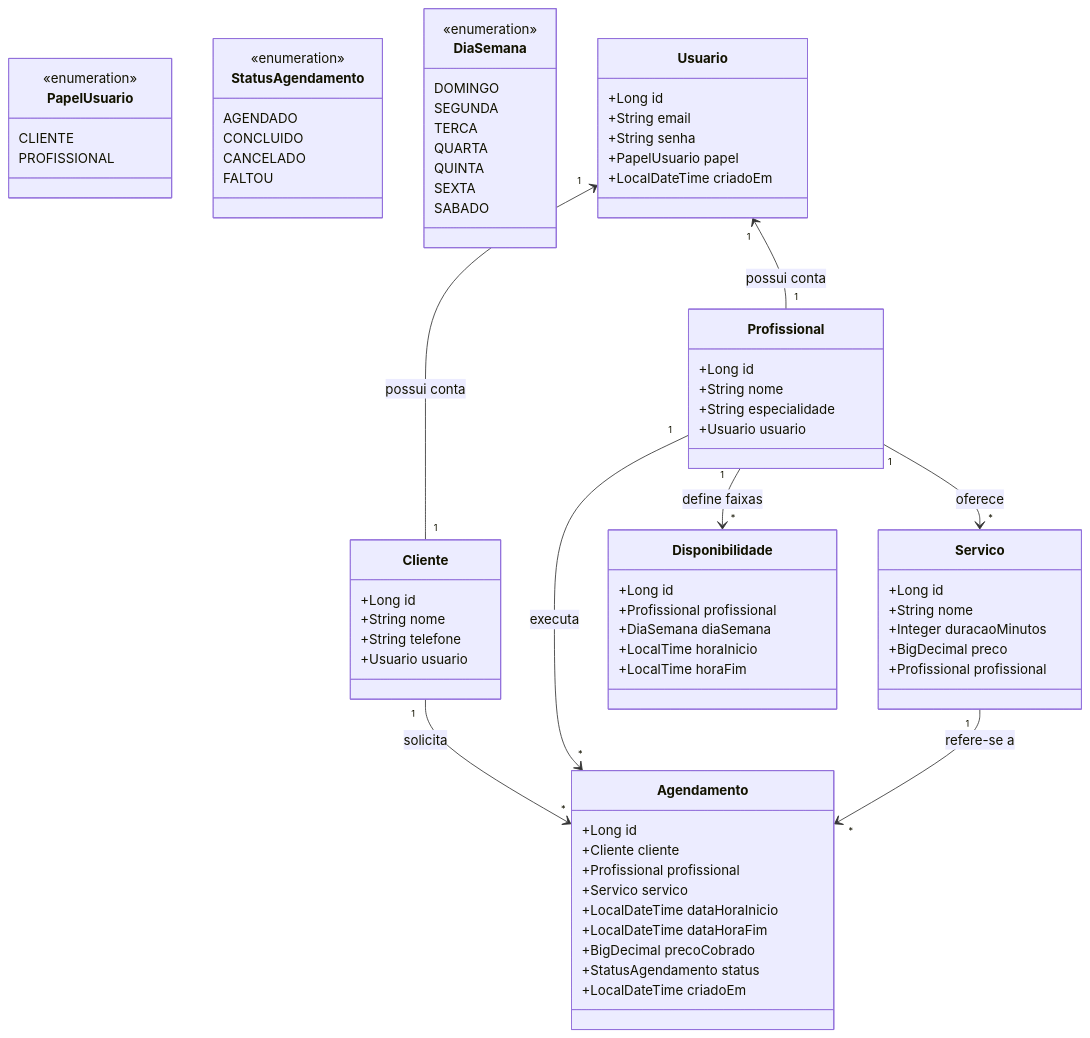
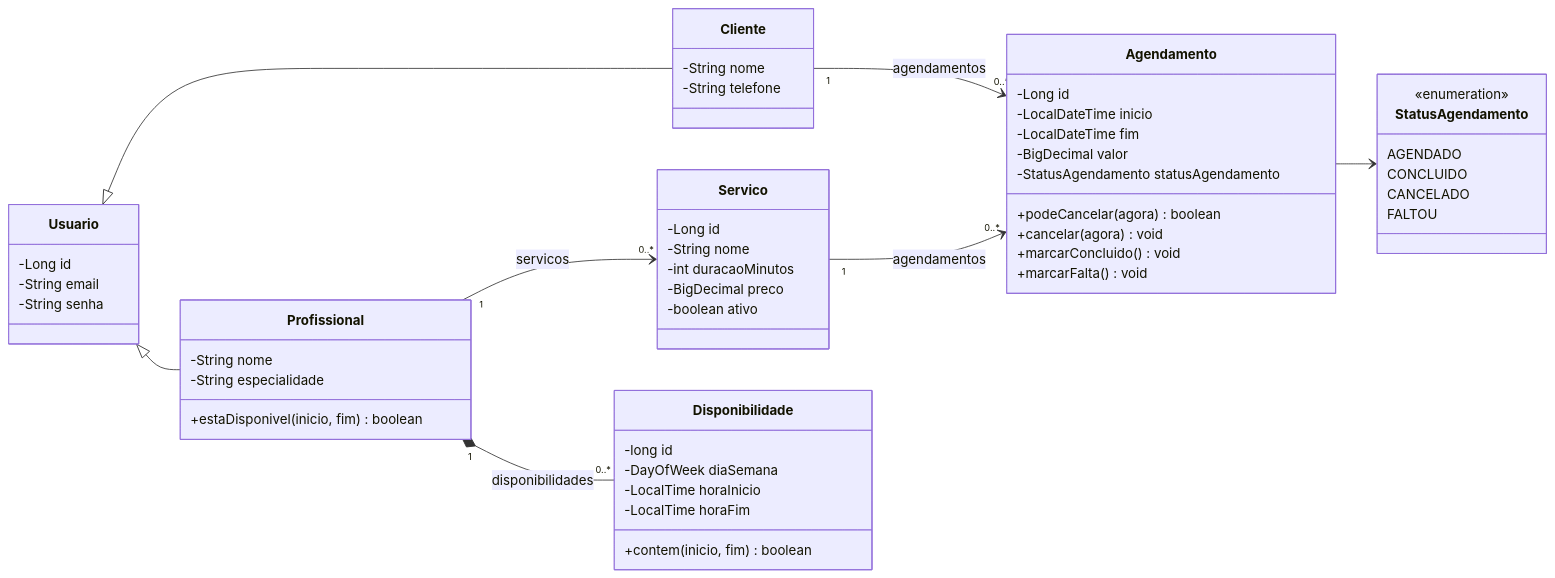
One commit to C4103M/sistema-prestadores-servico changed the diagram in docs/diagrama_classes.md. Above: the diagram before and after it, drawn with Mermaid. The commit also changed other lines of this file and 72 other files, not shown here.

First line of the commit message:
feat: entrega da Etapa 2 (casos de uso, diagramas, protótipo e slides)

````diff
--- a/docs/diagrama_classes.md
+++ b/docs/diagrama_classes.md
@@ -3,11 +9,50 @@
 ```mermaid
 classDiagram
-    direction TB
+    direction LR
 
-    class PapelUsuario {
-        <<enumeration>>
-        CLIENTE
-        PROFISSIONAL
+    class Usuario {
+        -Long id
+        -String email
+        -String senha
+    }
+
+    class Cliente {
+        -String nome
+        -String telefone
+    }
+
+    class Profissional {
+        -String nome
+        -String especialidade
+        +estaDisponivel(inicio, fim) boolean
+    }
+
+    class Servico {
+        -Long id
+        -String nome
+        -int duracaoMinutos
+        -BigDecimal preco
+        -boolean ativo
+    }
+
+    class Disponibilidade {
+        -long id
+        -DayOfWeek diaSemana
+        -LocalTime horaInicio
+        -LocalTime horaFim
+        +contem(inicio, fim) boolean
+    }
+
+    class Agendamento {
+        -Long id
+        -LocalDateTime inicio
+        -LocalDateTime fim
+        -BigDecimal valor
+        -StatusAgendamento statusAgendamento
+        +podeCancelar(agora) boolean
+        +cancelar(agora) void
+        +marcarConcluido() void
+        +marcarFalta() void
     }
 
     class StatusAgendamento {
@@ -18,72 +63,11 @@
         FALTOU
     }
 
-    class DiaSemana {
-        <<enumeration>>
-        DOMINGO
-        SEGUNDA
-        TERCA
-        QUARTA
-        QUINTA
-        SEXTA
-        SABADO
-    }
-
-    class Usuario {
-        +Long id
-        +String email
-        +String senha
-        +PapelUsuario papel
-        +LocalDateTime criadoEm
-    }
-
-    class Cliente {
-        +Long id
-        +String nome
-        +String telefone
-        +Usuario usuario
-    }
-
-    class Profissional {
-        +Long id
-        +String nome
-        +String especialidade
-        +Usuario usuario
-    }
-
-    class Servico {
-        +Long id
-        +String nome
-        +Integer duracaoMinutos
-        +BigDecimal preco
-        +Profissional profissional
-    }
-
-    class Disponibilidade {
-        +Long id
-        +Profissional profissional
-        +DiaSemana diaSemana
-        +LocalTime horaInicio
-        +LocalTime horaFim
-    }
-
-    class Agendamento {
-        +Long id
-        +Cliente cliente
-        +Profissional profissional
-        +Servico servico
-        +LocalDateTime dataHoraInicio
-        +LocalDateTime dataHoraFim
-        +BigDecimal precoCobrado
-        +StatusAgendamento status
-        +LocalDateTime criadoEm
-    }
-
-    Usuario "1" <-- "1" Cliente : possui conta
-    Usuario "1" <-- "1" Profissional : possui conta
-    Profissional "1" --> "*" Servico : oferece
-    Profissional "1" --> "*" Disponibilidade : define faixas
-    Cliente "1" --> "*" Agendamento : solicita
-    Profissional "1" --> "*" Agendamento : executa
-    Servico "1" --> "*" Agendamento : refere-se a
+    Usuario <|-- Cliente
+    Usuario <|-- Profissional
+    Profissional "1" *-- "0..*" Disponibilidade : disponibilidades
+    Profissional "1" --> "0..*" Servico : servicos
+    Cliente "1" --> "0..*" Agendamento : agendamentos
+    Servico "1" --> "0..*" Agendamento : agendamentos
+    Agendamento --> StatusAgendamento
 ```
````
